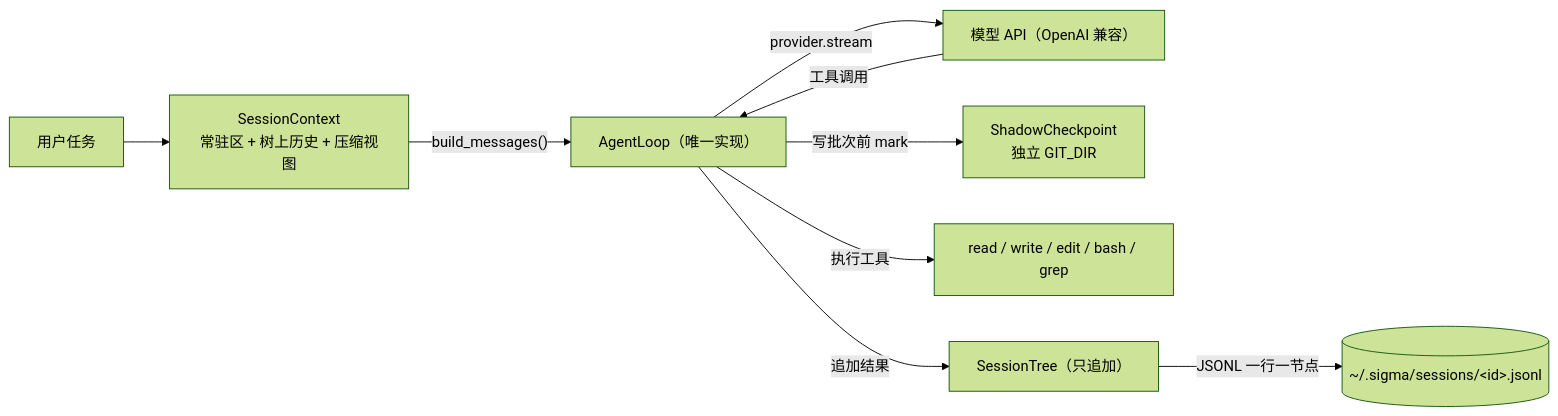
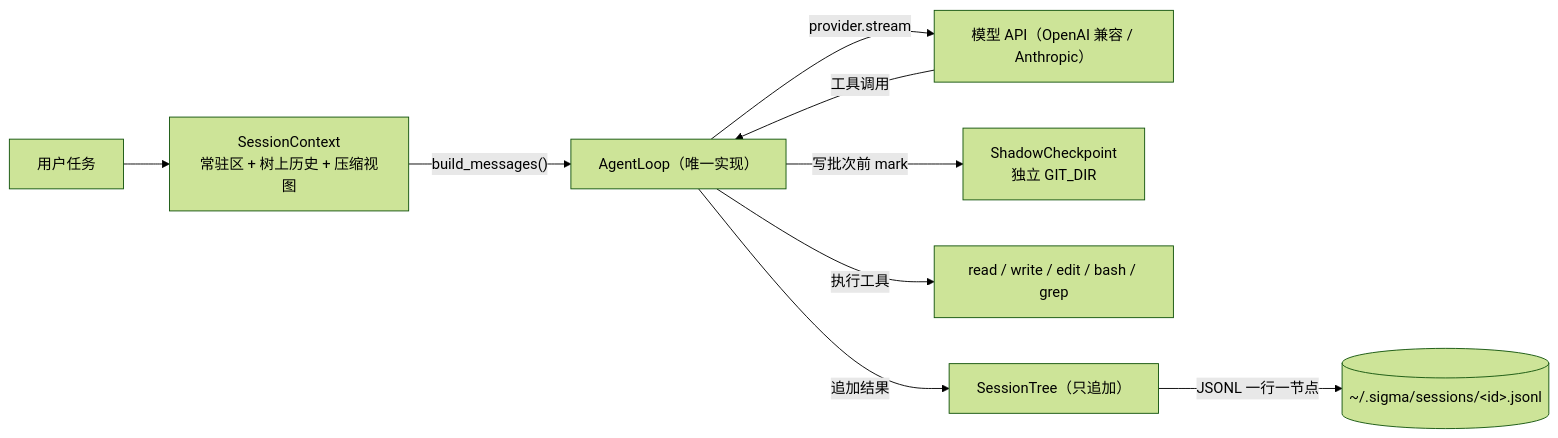
One commit to wind-001/sigma-coding-agent changed the diagram in README.md. Above: the diagram before and after it, drawn with Mermaid (forest theme). The commit also changed other lines of this file and 4 other files, not shown here.

Commit message:
README:对标高星项目范式重写——数字全量重测(1100 测试/98 文件 strict)、贴图更新(工作台四张实拍+架构图换 archify 新版)、内容对齐当前能力(多 agent/记忆/工作台/双协议/ax 评测),设计取舍表记录'已推翻的旧判断'

````diff
--- a/README.md
+++ b/README.md
@@ -207,11 +174,11 @@
 ```mermaid
 flowchart LR
     U["用户任务"] --> CTX["SessionContext<br/>常驻区 + 树上历史 + 压缩视图"]
     CTX -->|"build_messages()"| LOOP["AgentLoop（唯一实现）"]
-    LOOP -->|"provider.stream"| API["模型 API（OpenAI 兼容）"]
+    LOOP -->|"provider.stream"| API["模型 API（OpenAI 兼容 / Anthropic）"]
     API -->|"工具调用"| LOOP
     LOOP -->|"写批次前 mark"| CP["ShadowCheckpoint<br/>独立 GIT_DIR"]
     LOOP -->|"执行工具"| TOOLS["read / write / edit / bash / grep"]
     LOOP -->|"追加结果"| TREE["SessionTree（只追加）"]
     TREE -->|"JSONL 一行一节点"| DISK[("~/.sigma/sessions/&lt;id&gt;.jsonl")]
 ```
````
